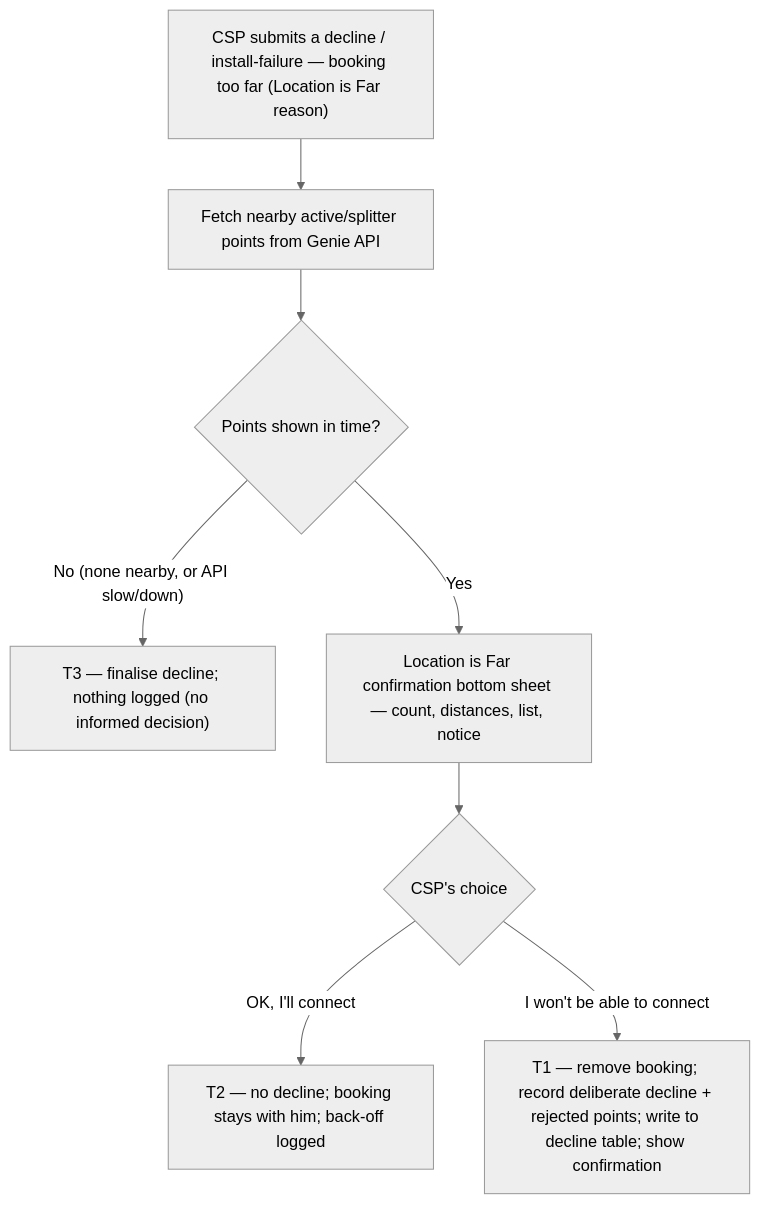
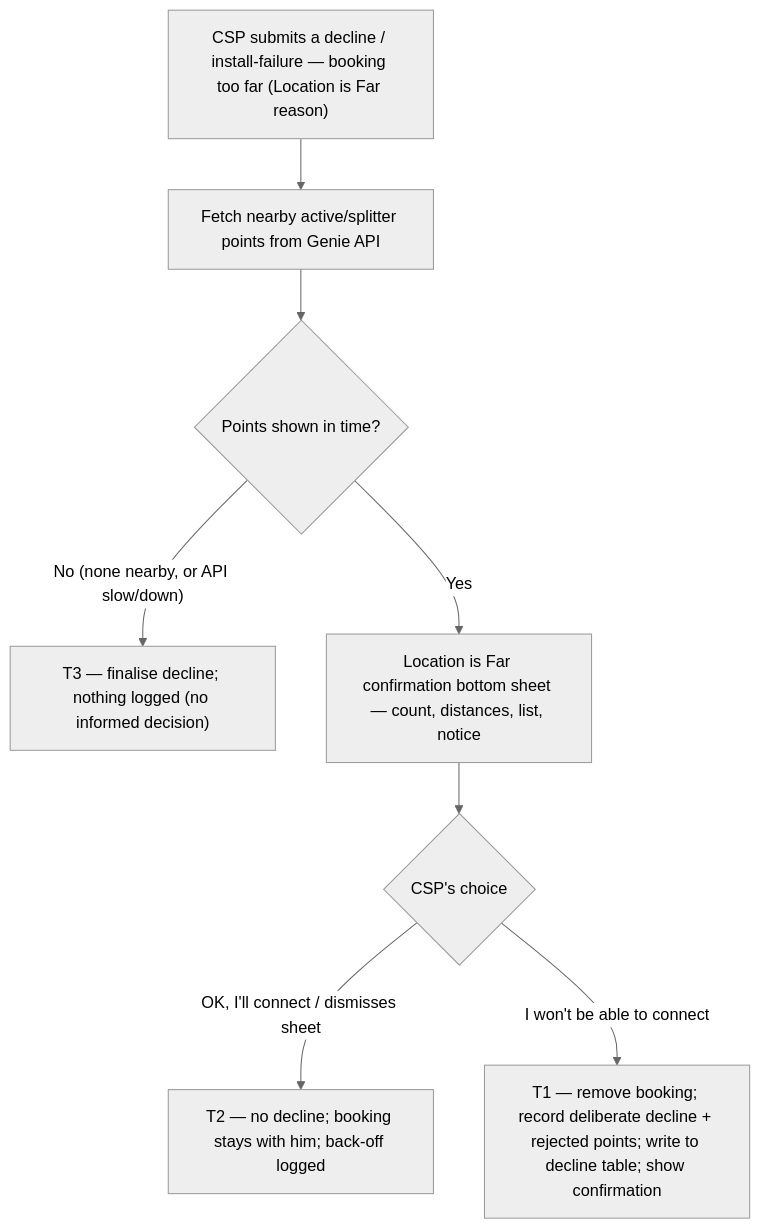
One commit to ashish-raj-wiom/coverage-decline-assist-prd changed the diagram in Coverage_Decline_Assist_PRD.md. Above: the diagram before and after it, drawn with Mermaid (neutral theme). The commit also changed other lines of this file and 2 other files, not shown here.

Commit message:
PRD v1.3: harden §7 ACs to atomic/observable (20→27); define non-blocker dismiss=reconsider (R2d/T2/AC-BACK-3); install-failure hands task back for re-routing (R3a); add boundary + double-tap coverage; trim AC-GRD-1 scope leak

````diff
--- a/Coverage_Decline_Assist_PRD.md
+++ b/Coverage_Decline_Assist_PRD.md
@@ -65,10 +67,10 @@
 ```mermaid
 flowchart TD
     A["CSP submits a decline / install-failure — booking too far (Location is Far reason)"] --> B["Fetch nearby active/splitter points from Genie API"]
     B --> C{"Points shown in time?"}
     C -- "No (none nearby, or API slow/down)" --> T3["T3 — finalise decline; nothing logged (no informed decision)"]
     C -- "Yes" --> D["Location is Far confirmation bottom sheet — count, distances, list, notice"]
     D --> E{"CSP's choice"}
-    E -- "OK, I'll connect" --> T2["T2 — no decline; booking stays with him; back-off logged"]
+    E -- "OK, I'll connect / dismisses sheet" --> T2["T2 — no decline; booking stays with him; back-off logged"]
     E -- "I won't be able to connect" --> T1["T1 — remove booking; record deliberate decline + rejected points; write to decline table; show confirmation"]
 ```
````
